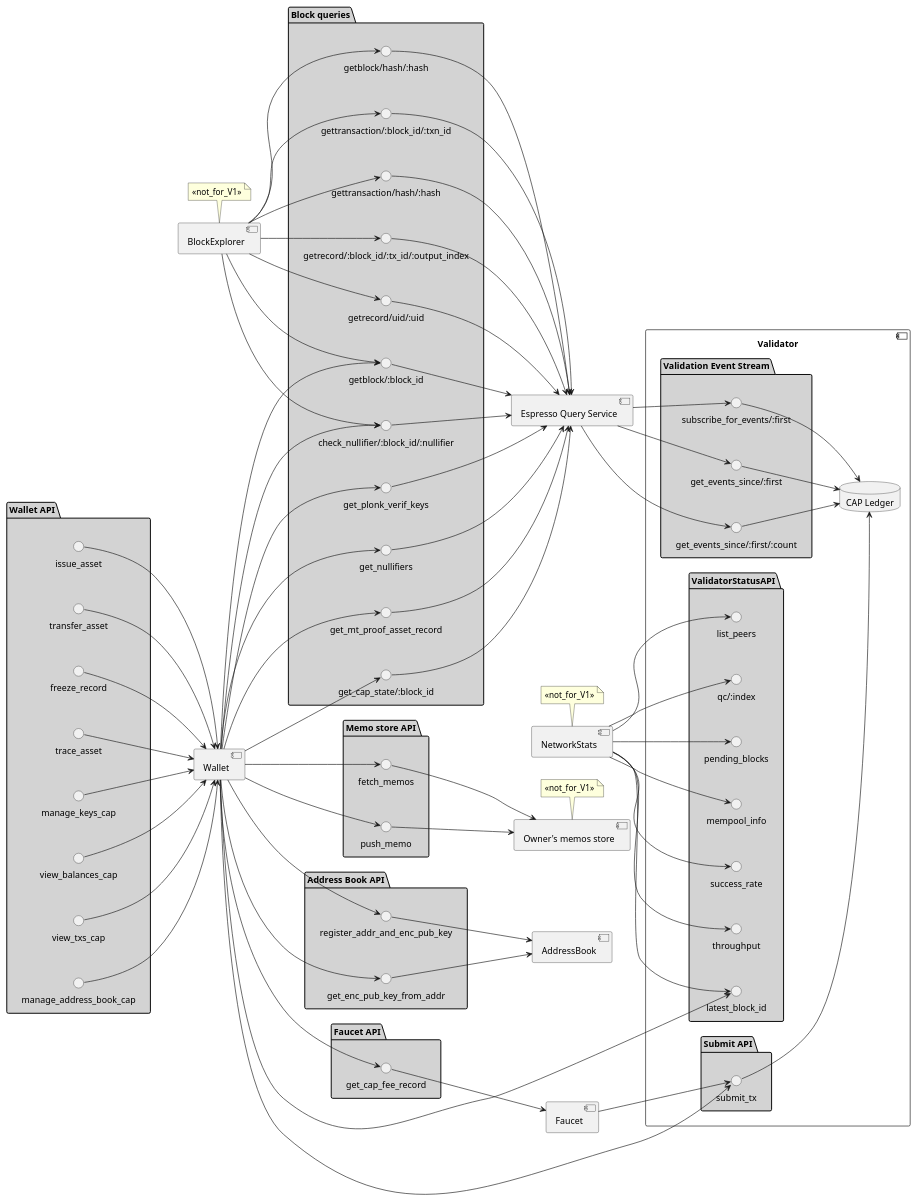
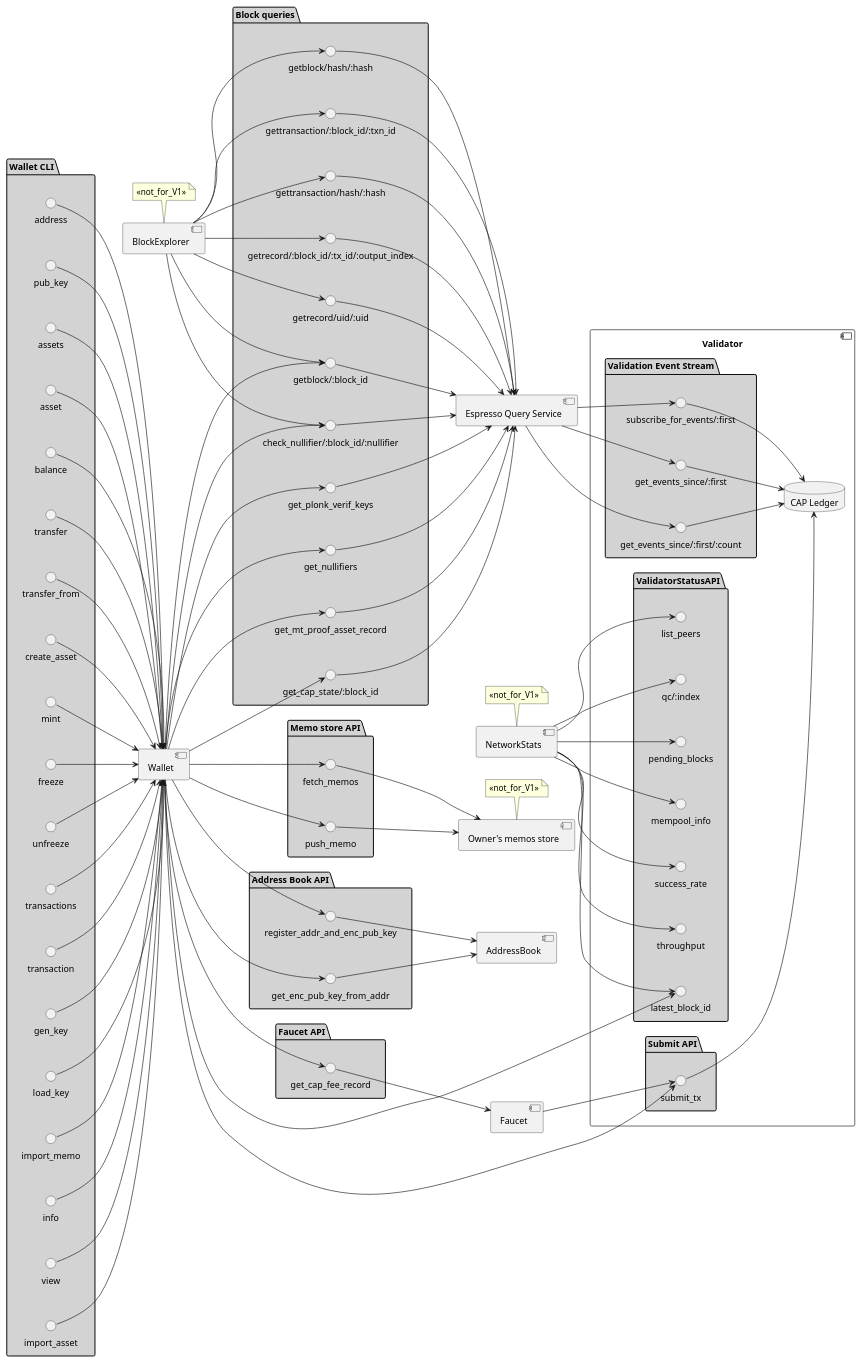
One commit to EspressoSystems/espresso changed the diagram in doc/architecture/global_architecture_components_diagram.puml. Above: the diagram before and after it, drawn with PlantUML.

Commit message:
Replace "Wallet API" by "Wallet CLI"

```diff
--- a/doc/architecture/global_architecture_components_diagram.puml
+++ b/doc/architecture/global_architecture_components_diagram.puml
@@ -1,138 +1,149 @@
 @startuml
 
 component "Wallet" as Wallet
 left to right direction
 
-package "Wallet API" #lightgray {
-    issue_asset --> Wallet
-    transfer_asset --> Wallet
-    freeze_record --> Wallet
-    trace_asset --> Wallet
-    manage_keys_cap --> Wallet
-    view_balances_cap --> Wallet
-    view_txs_cap --> Wallet
-    manage_address_book_cap --> Wallet
+package "Wallet CLI" #lightgray {
+    address --> Wallet
+    pub_key --> Wallet
+    assets --> Wallet
+    asset --> Wallet
+    balance --> Wallet
+    transfer --> Wallet
+    transfer_from --> Wallet
+    create_asset --> Wallet
+    mint --> Wallet
+    freeze --> Wallet
+    unfreeze --> Wallet
+    transactions --> Wallet
+    transaction --> Wallet
+    gen_key --> Wallet
+    load_key --> Wallet
+    import_memo --> Wallet
+    info --> Wallet
+    view --> Wallet
+    import_asset --> Wallet
 }
 
 component "Espresso Query Service" as EsQS
 component BlockExplorer as BE
 note top of BE: <<not_for_V1>>
 
 component NetworkStats as NS
 note top of NS: <<not_for_V1>>
 
 [Owner's memos store] as OMS
 note top of OMS: <<not_for_V1>>
 package "Memo store API" #lightgray {
     interface fetch_memos
     interface push_memo
     fetch_memos --> OMS
     push_memo --> OMS
 }
 
 [AddressBook] as AB
 package "Address Book API" #lightgray {
     interface register_addr_and_enc_pub_key
     interface get_enc_pub_key_from_addr
     register_addr_and_enc_pub_key --> AB
     get_enc_pub_key_from_addr --> AB
 }
 
 [Faucet] as F
 package "Faucet API" #lightgray {
     get_cap_fee_record --> F
 }
 
 package "Block queries" as BQ #lightgray {
     interface "getblock/:block_id" as get_block_block_id
     interface  "getblock/hash/:hash" as get_block_hash
     interface  "gettransaction/:block_id/:txn_id" as get_transaction_block_id_tx_id
     interface "gettransaction/hash/:hash" as get_transaction_hash
     interface "getrecord/:block_id/:tx_id/:output_index" as get_record_block_id_tx_id_output_index
     interface "getrecord/uid/:uid" as get_record_uid
     interface "check_nullifier/:block_id/:nullifier" as check_nullifier_block_id_nullifier
     interface "get_cap_state/:block_id" as get_cap_state_block_id
 
     get_block_block_id --> EsQS
     get_block_hash --> EsQS
     get_transaction_block_id_tx_id --> EsQS
     get_transaction_hash --> EsQS
     get_record_block_id_tx_id_output_index --> EsQS
     get_record_uid --> EsQS
     check_nullifier_block_id_nullifier --> EsQS
 
     get_cap_state_block_id --> EsQS
     get_plonk_verif_keys --> EsQS
     get_nullifiers --> EsQS
     get_mt_proof_asset_record --> EsQS
 
 }
 
 component Validator #white {
 
     package "Submit API" #lightgray {
         interface submit_tx
     }
 
     package ValidatorStatusAPI #lightgray {
         interface list_peers
         interface "qc/:index" as qc_index
         interface "pending_blocks"
         interface latest_block_id
         interface mempool_info
         interface success_rate
         interface throughput
     }
 
     package "Validation Event Stream" as VES #lightgray {
         interface "subscribe_for_events/:first" as sus_events_first
         interface  "get_events_since/:first" as get_events_since_first
         interface  "get_events_since/:first/:count" as get_events_since_first_count
     }
 
     database "CAP Ledger" as CAPLedger{
         submit_tx --> CAPLedger
     }
 
     sus_events_first --> CAPLedger
     get_events_since_first --> CAPLedger
     get_events_since_first_count --> CAPLedger
 }
 
 Wallet --> fetch_memos
 Wallet --> submit_tx
 Wallet --> push_memo
 Wallet --> get_mt_proof_asset_record
 Wallet --> register_addr_and_enc_pub_key
 Wallet --> get_enc_pub_key_from_addr
 Wallet --> get_cap_state_block_id
 Wallet --> get_plonk_verif_keys
 Wallet --> get_cap_fee_record
 Wallet --> get_nullifiers
 Wallet --> get_block_block_id
 Wallet --> check_nullifier_block_id_nullifier
 Wallet --> latest_block_id
 
 BE --> get_block_block_id
 BE --> get_block_hash
 BE --> get_transaction_block_id_tx_id
 BE --> get_transaction_hash
 BE --> get_record_block_id_tx_id_output_index
 BE --> get_record_uid
 BE --> check_nullifier_block_id_nullifier
 
 NS --> list_peers
 NS --> qc_index
 NS --> latest_block_id
 NS --> pending_blocks
 NS --> mempool_info
 NS --> success_rate
 NS --> throughput
 
 EsQS --> sus_events_first
 EsQS --> get_events_since_first
 EsQS --> get_events_since_first_count
 
 F --> submit_tx
 
 @enduml
```
